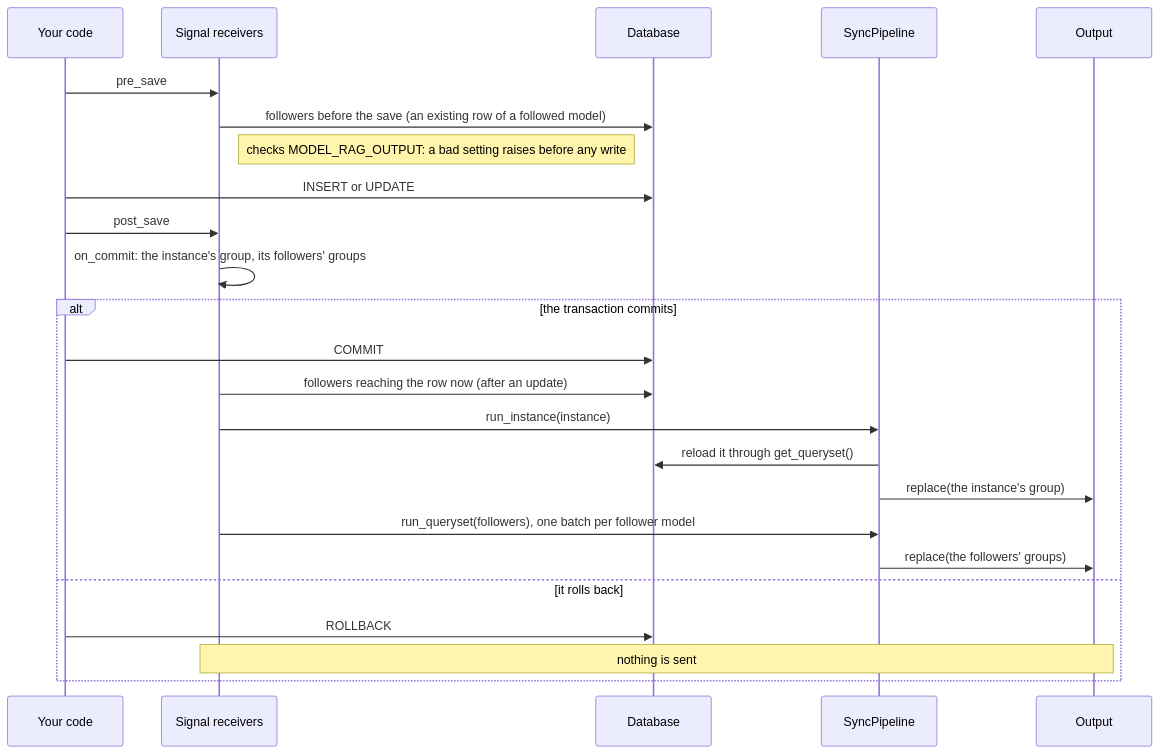
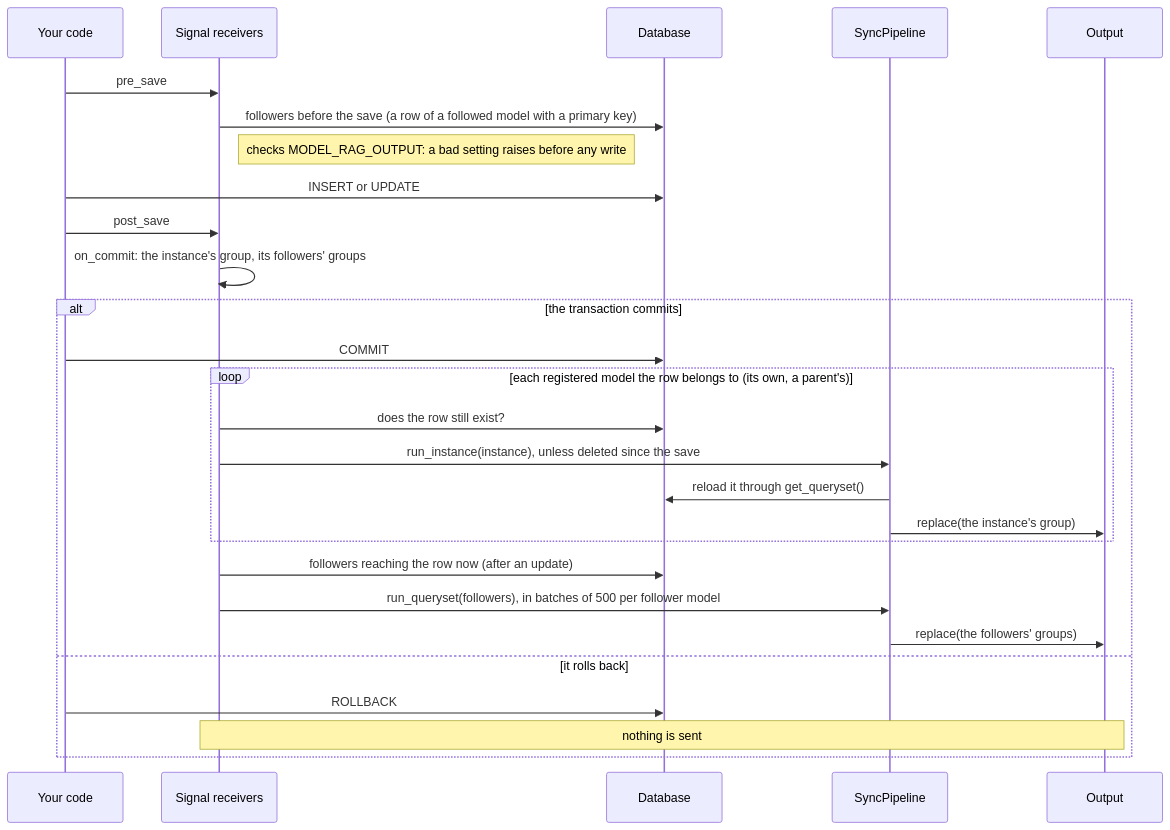
Before and after one commit to gtolivier/django-model-rag: the third of 4 diagrams in README.md, drawn with Mermaid. The commit also changed other lines of this file, not shown here.

First line of the commit message:
Match the README diagrams to what the signals and run() do

````diff
--- a/README.md
+++ b/README.md
@@ -598,26 +599,29 @@
 ```mermaid
 sequenceDiagram
     participant App as Your code
     participant S as Signal receivers
     participant DB as Database
     participant P as SyncPipeline
     participant O as Output
     App->>S: pre_save
-    S->>DB: followers before the save (an existing row of a followed model)
+    S->>DB: followers before the save (a row of a followed model with a primary key)
     Note right of S: checks MODEL_RAG_OUTPUT: a bad setting raises before any write
     App->>DB: INSERT or UPDATE
     App->>S: post_save
     S->>S: on_commit: the instance's group, its followers' groups
     alt the transaction commits
         App->>DB: COMMIT
+        loop each registered model the row belongs to (its own, a parent's)
+            S->>DB: does the row still exist?
+            S->>P: run_instance(instance), unless deleted since the save
+            P->>DB: reload it through get_queryset()
+            P->>O: replace(the instance's group)
+        end
         S->>DB: followers reaching the row now (after an update)
-        S->>P: run_instance(instance)
-        P->>DB: reload it through get_queryset()
-        P->>O: replace(the instance's group)
-        S->>P: run_queryset(followers), one batch per follower model
+        S->>P: run_queryset(followers), in batches of 500 per follower model
         P->>O: replace(the followers' groups)
     else it rolls back
         App->>DB: ROLLBACK
         Note over S,O: nothing is sent
     end
 ```
````
